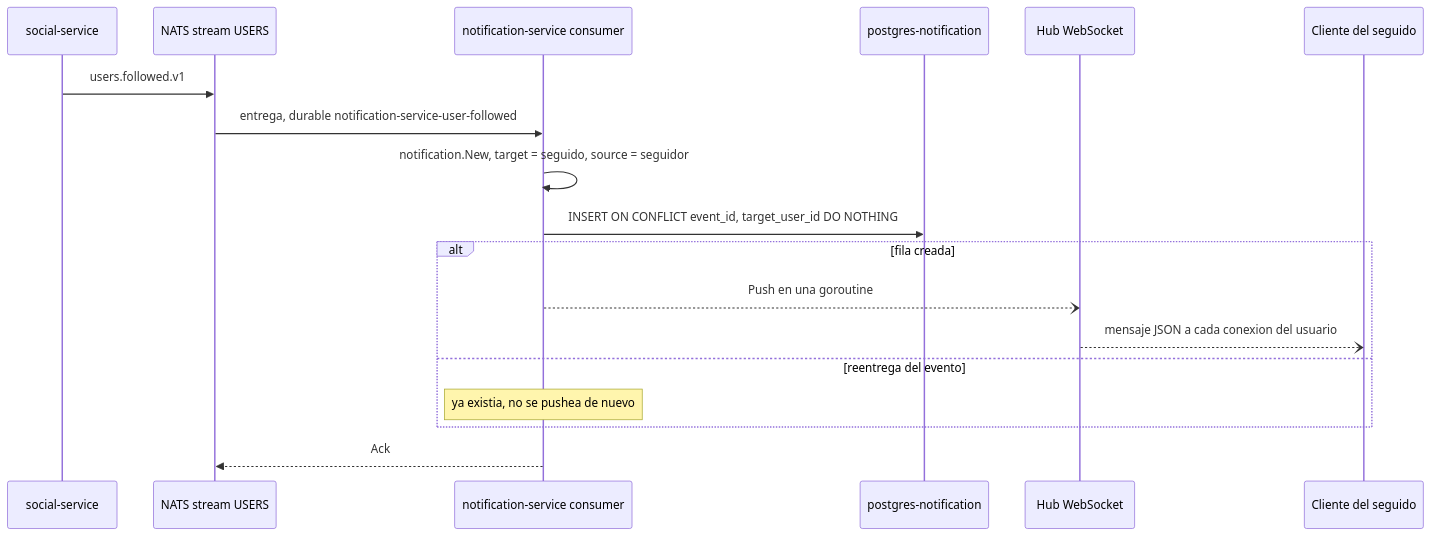
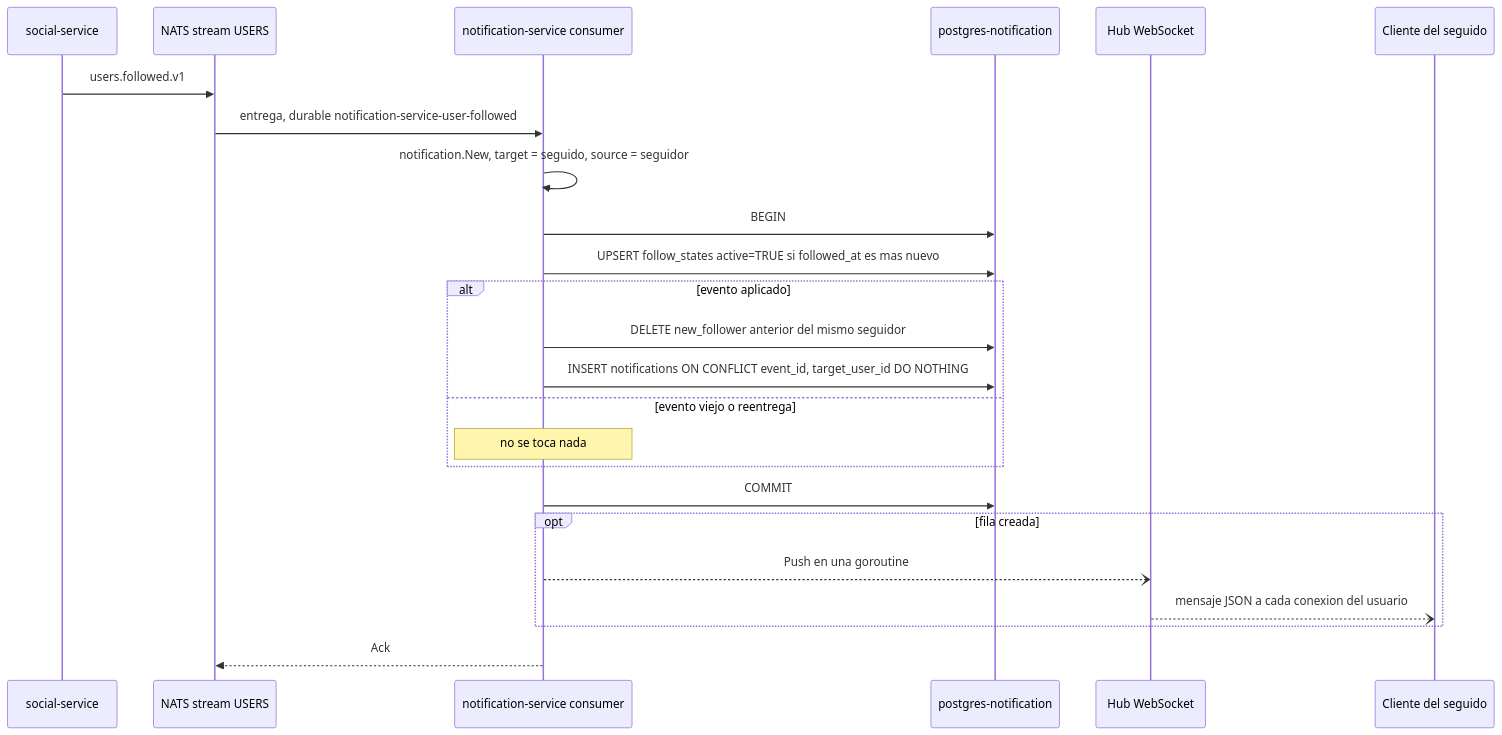
The second of 3 diagrams in docs/technical/NOTIFICATION.md (juantevez/go-feed), drawn with Mermaid before and after one commit. The commit also changed other lines of this file and 2 other files, not shown here.

````diff
--- a/docs/technical/NOTIFICATION.md
+++ b/docs/technical/NOTIFICATION.md
@@ -250,21 +298,27 @@
 ```mermaid
 sequenceDiagram
     participant SS as social-service
     participant JS as NATS stream USERS
     participant K as notification-service consumer
     participant DB as postgres-notification
     participant HUB as Hub WebSocket
     participant C as Cliente del seguido
 
     SS->>JS: users.followed.v1
     JS->>K: entrega, durable notification-service-user-followed
     K->>K: notification.New, target = seguido, source = seguidor
-    K->>DB: INSERT ON CONFLICT event_id, target_user_id DO NOTHING
-    alt fila creada
+    K->>DB: BEGIN
+    K->>DB: UPSERT follow_states active=TRUE si followed_at es mas nuevo
+    alt evento aplicado
+        K->>DB: DELETE new_follower anterior del mismo seguidor
+        K->>DB: INSERT notifications ON CONFLICT event_id, target_user_id DO NOTHING
+    else evento viejo o reentrega
+        Note over K: no se toca nada
+    end
+    K->>DB: COMMIT
+    opt fila creada
         K--)HUB: Push en una goroutine
         HUB--)C: mensaje JSON a cada conexion del usuario
-    else reentrega del evento
-        Note over K: ya existia, no se pushea de nuevo
     end
     K-->>JS: Ack
 ```
````
